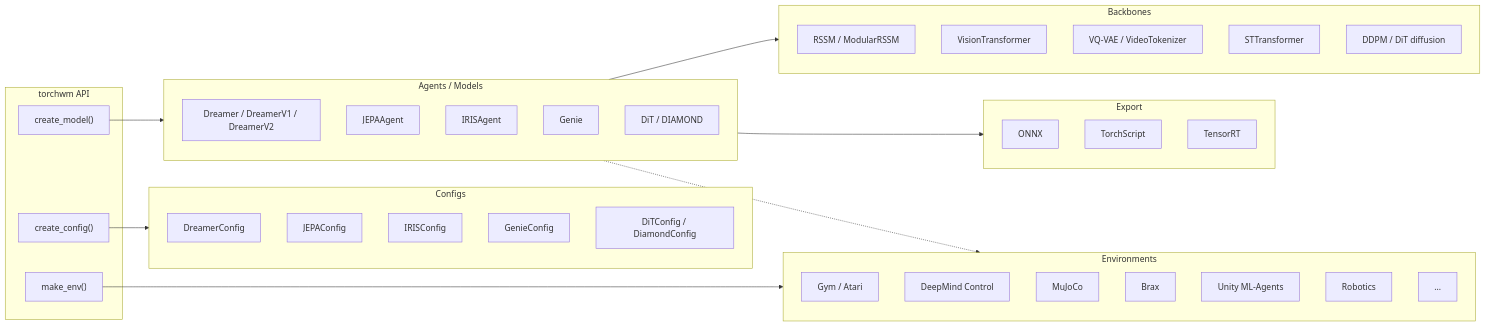
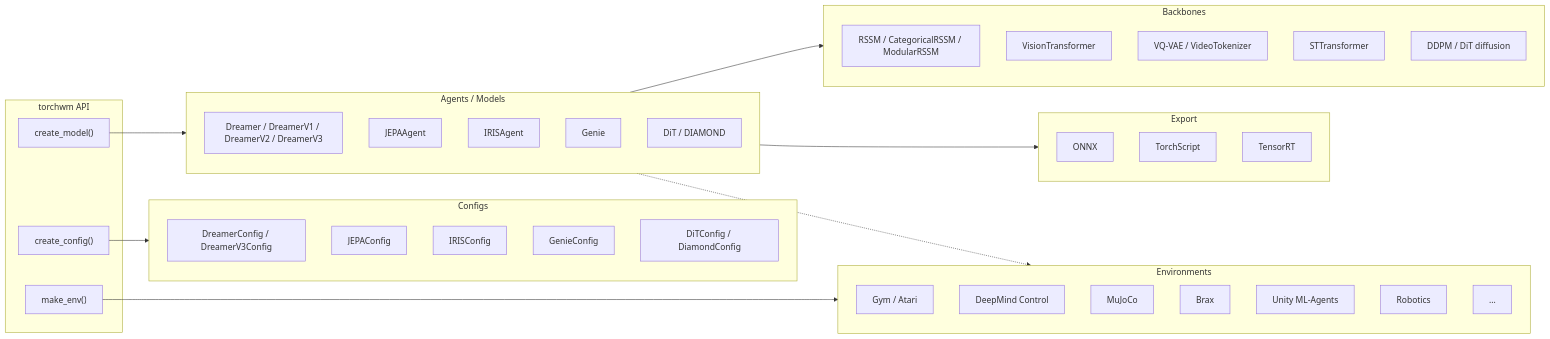
The diagram in README.md (ParamThakkar123/pytorch-world), drawn with Mermaid before and after one commit. The commit also changed other lines of this file and 33 other files, not shown here.

Commit message:
Add DreamerV3 implementation with categorical RSSM, Laprop optimizer, and tests

````diff
--- a/README.md
+++ b/README.md
@@ -77,55 +78,55 @@
 ```mermaid
 flowchart LR
     subgraph API["torchwm API"]
         CFG["create_config()"]
         MDL["create_model()"]
         ENV["make_env()"]
     end
 
     subgraph CONFIGS["Configs"]
-        DC["DreamerConfig"]
+        DC["DreamerConfig / DreamerV3Config"]
         JC["JEPAConfig"]
         IC["IRISConfig"]
         GC["GenieConfig"]
         DIC["DiTConfig / DiamondConfig"]
     end
 
     subgraph AGENTS["Agents / Models"]
-        DR["Dreamer / DreamerV1 / DreamerV2"]
+        DR["Dreamer / DreamerV1 / DreamerV2 / DreamerV3"]
         JP["JEPAAgent"]
         IR["IRISAgent"]
         GN["Genie"]
         DT["DiT / DIAMOND"]
     end
 
     subgraph BACKBONES["Backbones"]
-        RSSM["RSSM / ModularRSSM"]
+        RSSM["RSSM / CategoricalRSSM / ModularRSSM"]
         VIT["VisionTransformer"]
         VQ["VQ-VAE / VideoTokenizer"]
         ST["STTransformer"]
         DIF["DDPM / DiT diffusion"]
     end
 
     subgraph ENVS["Environments"]
         GYM["Gym / Atari"]
         DMC["DeepMind Control"]
         MJ["MuJoCo"]
         BR["Brax"]
         UN["Unity ML-Agents"]
         ROB["Robotics"]
         more["..."]
     end
 
     subgraph EXPORT["Export"]
         ONNX["ONNX"]
         TS["TorchScript"]
         TRT["TensorRT"]
     end
 
     CFG --> CONFIGS
     MDL --> AGENTS
     ENV --> ENVS
     AGENTS --> BACKBONES
     AGENTS -.-> ENVS
     AGENTS --> EXPORT
 ```
````
